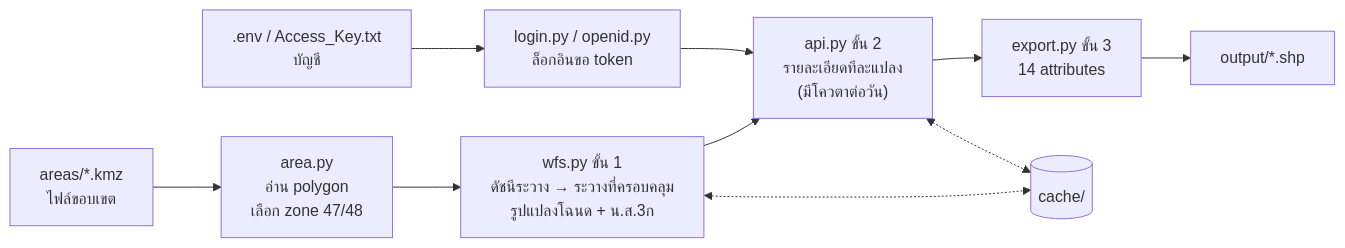
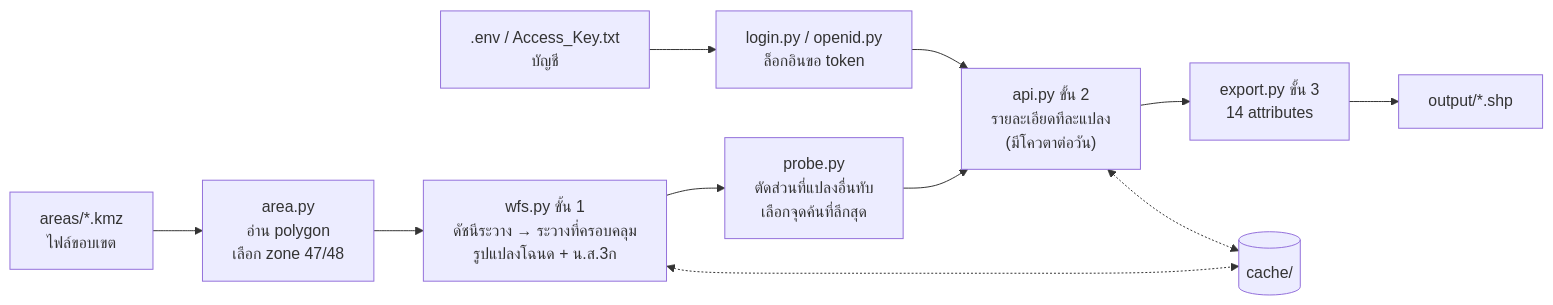
The diagram in README.md (ParqeJ/LandParcels), drawn with Mermaid before and after one commit. The commit also changed other lines of this file and 13 other files, not shown here.

First line of the commit message:
feat: เลือกจุดค้นหลีกแปลงซ้อนทับ (probe) + --refetch ดึงซ้ำแปลงที่ผลไม่ตรง

````diff
--- a/README.md
+++ b/README.md
@@ -339,12 +341,13 @@
 ```mermaid
 flowchart LR
     L[".env / Access_Key.txt<br/>บัญชี"] --> T["login.py / openid.py<br/>ล็อกอินขอ token"]
     T --> D
     A["areas/*.kmz<br/>ไฟล์ขอบเขต"] --> B["area.py<br/>อ่าน polygon<br/>เลือก zone 47/48"]
     B --> C["wfs.py ขั้น 1<br/>ดัชนีระวาง → ระวางที่ครอบคลุม<br/>รูปแปลงโฉนด + น.ส.3ก"]
-    C --> D["api.py ขั้น 2<br/>รายละเอียดทีละแปลง<br/>(มีโควตาต่อวัน)"]
+    C --> P["probe.py<br/>ตัดส่วนที่แปลงอื่นทับ<br/>เลือกจุดค้นที่ลึกสุด"]
+    P --> D["api.py ขั้น 2<br/>รายละเอียดทีละแปลง<br/>(มีโควตาต่อวัน)"]
     D --> E["export.py ขั้น 3<br/>14 attributes"]
     E --> F["output/*.shp"]
     C <-.-> G[("cache/")]
     D <-.-> G
 ```
````
